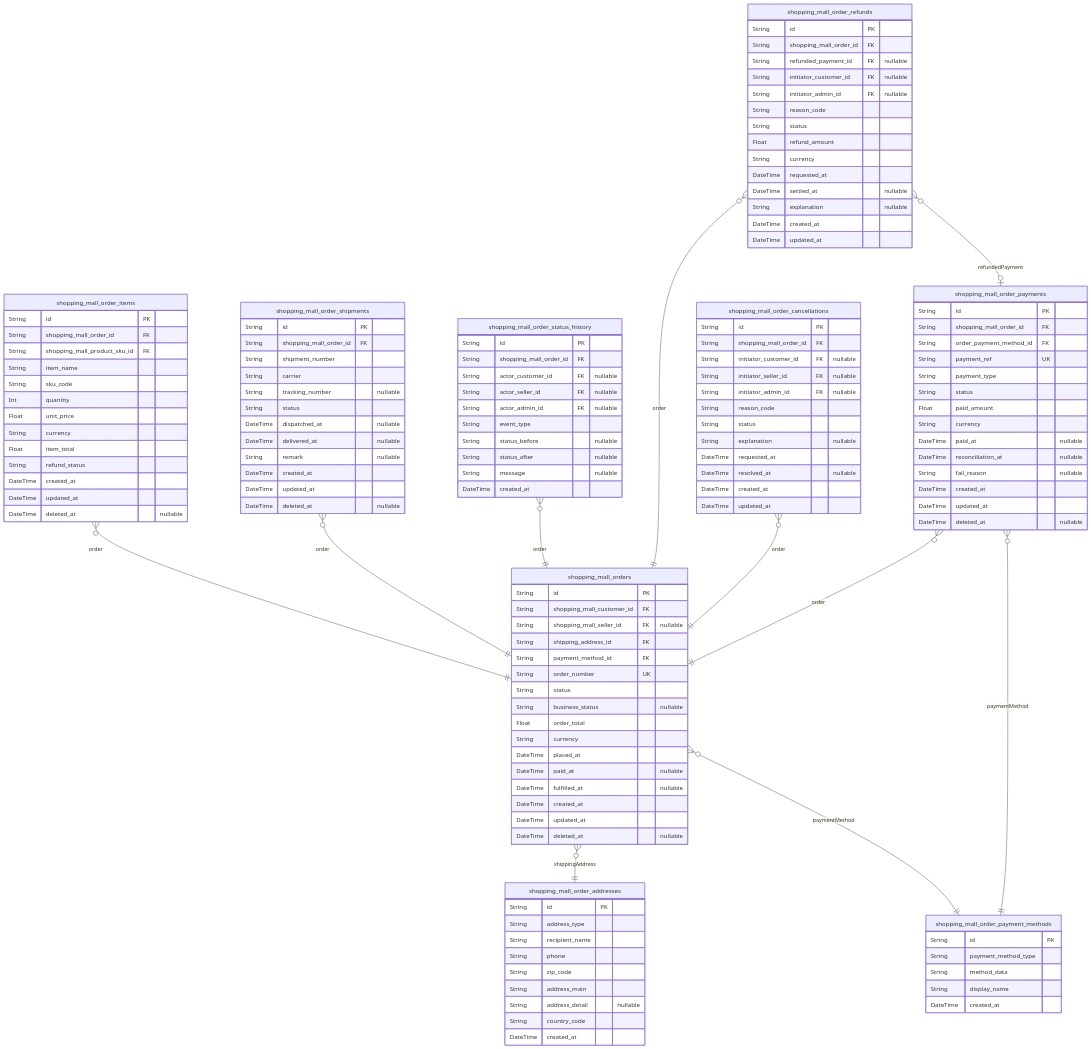
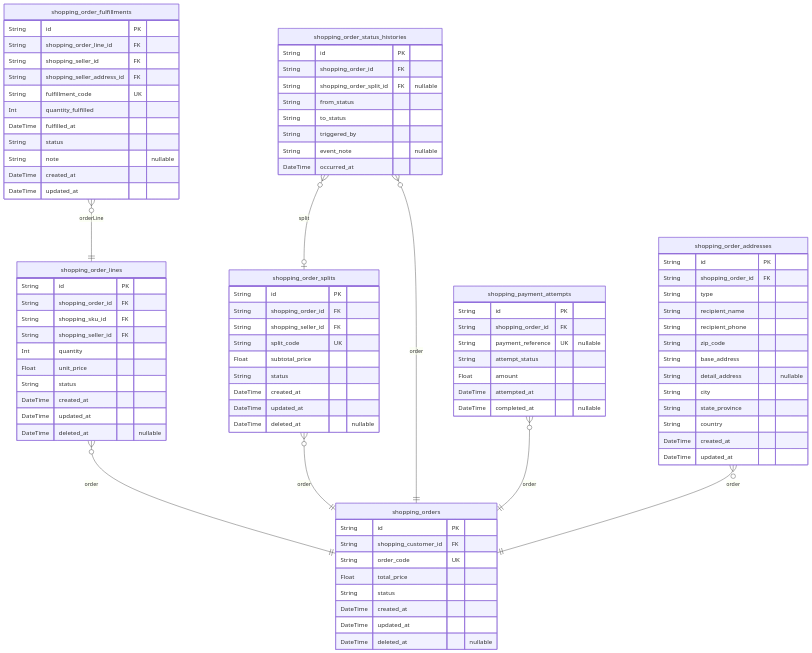
Before and after one commit to wrtnlabs/autobe-examples: the sixth of 12 diagrams in openai/gpt-4.1/shopping/docs/ERD.md, drawn with Mermaid. The commit also changed other lines of this file and 16146 other files, not shown here.

````diff
--- a/openai/gpt-4.1/shopping/docs/ERD.md
+++ b/openai/gpt-4.1/shopping/docs/ERD.md
@@ -853,136 +1178,90 @@
 ```mermaid
 erDiagram
-"shopping_mall_orders" {
+"shopping_orders" {
   String id PK
-  String shopping_mall_customer_id FK
-  String shopping_mall_seller_id FK "nullable"
-  String shipping_address_id FK
-  String payment_method_id FK
-  String order_number UK
+  String shopping_customer_id FK
+  String order_code UK
+  Float total_price
   String status
-  String business_status "nullable"
-  Float order_total
-  String currency
-  DateTime placed_at
-  DateTime paid_at "nullable"
-  DateTime fulfilled_at "nullable"
   DateTime created_at
   DateTime updated_at
   DateTime deleted_at "nullable"
 }
-"shopping_mall_order_items" {
+"shopping_order_lines" {
   String id PK
-  String shopping_mall_order_id FK
-  String shopping_mall_product_sku_id FK
-  String item_name
-  String sku_code
+  String shopping_order_id FK
+  String shopping_sku_id FK
+  String shopping_seller_id FK
   Int quantity
   Float unit_price
-  String currency
-  Float item_total
-  String refund_status
+  String status
   DateTime created_at
   DateTime updated_at
   DateTime deleted_at "nullable"
 }
-"shopping_mall_order_shipments" {
+"shopping_order_splits" {
   String id PK
-  String shopping_mall_order_id FK
-  String shipment_number
-  String carrier
-  String tracking_number "nullable"
+  String shopping_order_id FK
+  String shopping_seller_id FK
+  String split_code UK
+  Float subtotal_price
   String status
-  DateTime dispatched_at "nullable"
-  DateTime delivered_at "nullable"
-  String remark "nullable"
   DateTime created_at
   DateTime updated_at
   DateTime deleted_at "nullable"
 }
-"shopping_mall_order_status_history" {
+"shopping_order_status_histories" {
   String id PK
-  String shopping_mall_order_id FK
-  String actor_customer_id FK "nullable"
-  String actor_seller_id FK "nullable"
-  String actor_admin_id FK "nullable"
-  String event_type
-  String status_before "nullable"
-  String status_after "nullable"
-  String message "nullable"
-  DateTime created_at
+  String shopping_order_id FK
+  String shopping_order_split_id FK "nullable"
+  String from_status
+  String to_status
+  String triggered_by
+  String event_note "nullable"
+  DateTime occurred_at
 }
-"shopping_mall_order_payments" {
+"shopping_payment_attempts" {
   String id PK
-  String shopping_mall_order_id FK
-  String order_payment_method_id FK
-  String payment_ref UK
-  String payment_type
+  String shopping_order_id FK
+  String payment_reference UK "nullable"
+  String attempt_status
+  Float amount
+  DateTime attempted_at
+  DateTime completed_at "nullable"
+}
+"shopping_order_fulfillments" {
+  String id PK
+  String shopping_order_line_id FK
+  String shopping_seller_id FK
+  String shopping_seller_address_id FK
+  String fulfillment_code UK
+  Int quantity_fulfilled
+  DateTime fulfilled_at
   String status
-  Float paid_amount
-  String currency
-  DateTime paid_at "nullable"
-  DateTime reconciliation_at "nullable"
-  String fail_reason "nullable"
-  DateTime created_at
-  DateTime updated_at
-  DateTime deleted_at "nullable"
-}
-"shopping_mall_order_cancellations" {
-  String id PK
-  String shopping_mall_order_id FK
-  String initiator_customer_id FK "nullable"
-  String initiator_seller_id FK "nullable"
-  String initiator_admin_id FK "nullable"
-  String reason_code
-  String status
-  String explanation "nullable"
-  DateTime requested_at
-  DateTime resolved_at "nullable"
+  String note "nullable"
   DateTime created_at
   DateTime updated_at
 }
-"shopping_mall_order_refunds" {
+"shopping_order_addresses" {
   String id PK
-  String shopping_mall_order_id FK
-  String refunded_payment_id FK "nullable"
-  String initiator_customer_id FK "nullable"
-  String initiator_admin_id FK "nullable"
-  String reason_code
-  String status
-  Float refund_amount
-  String currency
-  DateTime requested_at
-  DateTime settled_at "nullable"
-  String explanation "nullable"
+  String shopping_order_id FK
+  String type
+  String recipient_name
+  String recipient_phone
+  String zip_code
+  String base_address
+  String detail_address "nullable"
+  String city
+  String state_province
+  String country
   DateTime created_at
   DateTime updated_at
 }
-"shopping_mall_order_addresses" {
-  String id PK
-  String address_type
-  String recipient_name
-  String phone
-  String zip_code
-  String address_main
-  String address_detail "nullable"
-  String country_code
-  DateTime created_at
-}
-"shopping_mall_order_payment_methods" {
-  String id PK
-  String payment_method_type
-  String method_data
-  String display_name
-  DateTime created_at
-}
-"shopping_mall_orders" }o--|| "shopping_mall_order_addresses" : shippingAddress
-"shopping_mall_orders" }o--|| "shopping_mall_order_payment_methods" : paymentMethod
-"shopping_mall_order_items" }o--|| "shopping_mall_orders" : order
-"shopping_mall_order_shipments" }o--|| "shopping_mall_orders" : order
-"shopping_mall_order_status_history" }o--|| "shopping_mall_orders" : order
-"shopping_mall_order_payments" }o--|| "shopping_mall_orders" : order
-"shopping_mall_order_payments" }o--|| "shopping_mall_order_payment_methods" : paymentMethod
-"shopping_mall_order_cancellations" }o--|| "shopping_mall_orders" : order
-"shopping_mall_order_refunds" }o--|| "shopping_mall_orders" : order
-"shopping_mall_order_refunds" }o--o| "shopping_mall_order_payments" : refundedPayment
+"shopping_order_lines" }o--|| "shopping_orders" : order
+"shopping_order_splits" }o--|| "shopping_orders" : order
+"shopping_order_status_histories" }o--|| "shopping_orders" : order
+"shopping_order_status_histories" }o--o| "shopping_order_splits" : split
+"shopping_payment_attempts" }o--|| "shopping_orders" : order
+"shopping_order_fulfillments" }o--|| "shopping_order_lines" : orderLine
+"shopping_order_addresses" }o--|| "shopping_orders" : order
 ```
````
